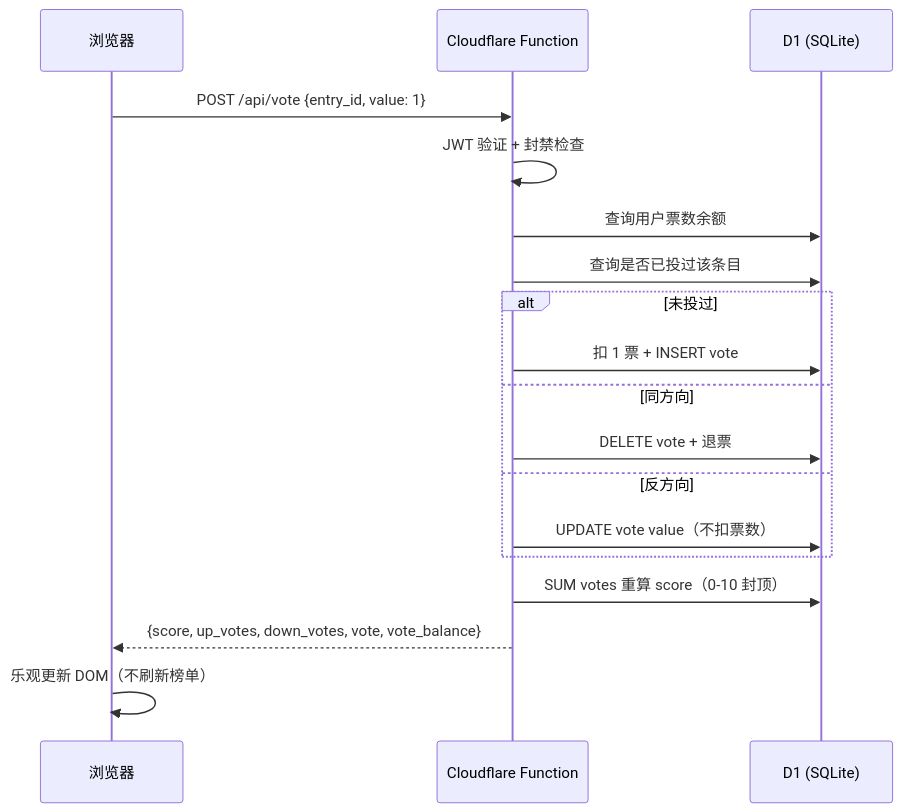
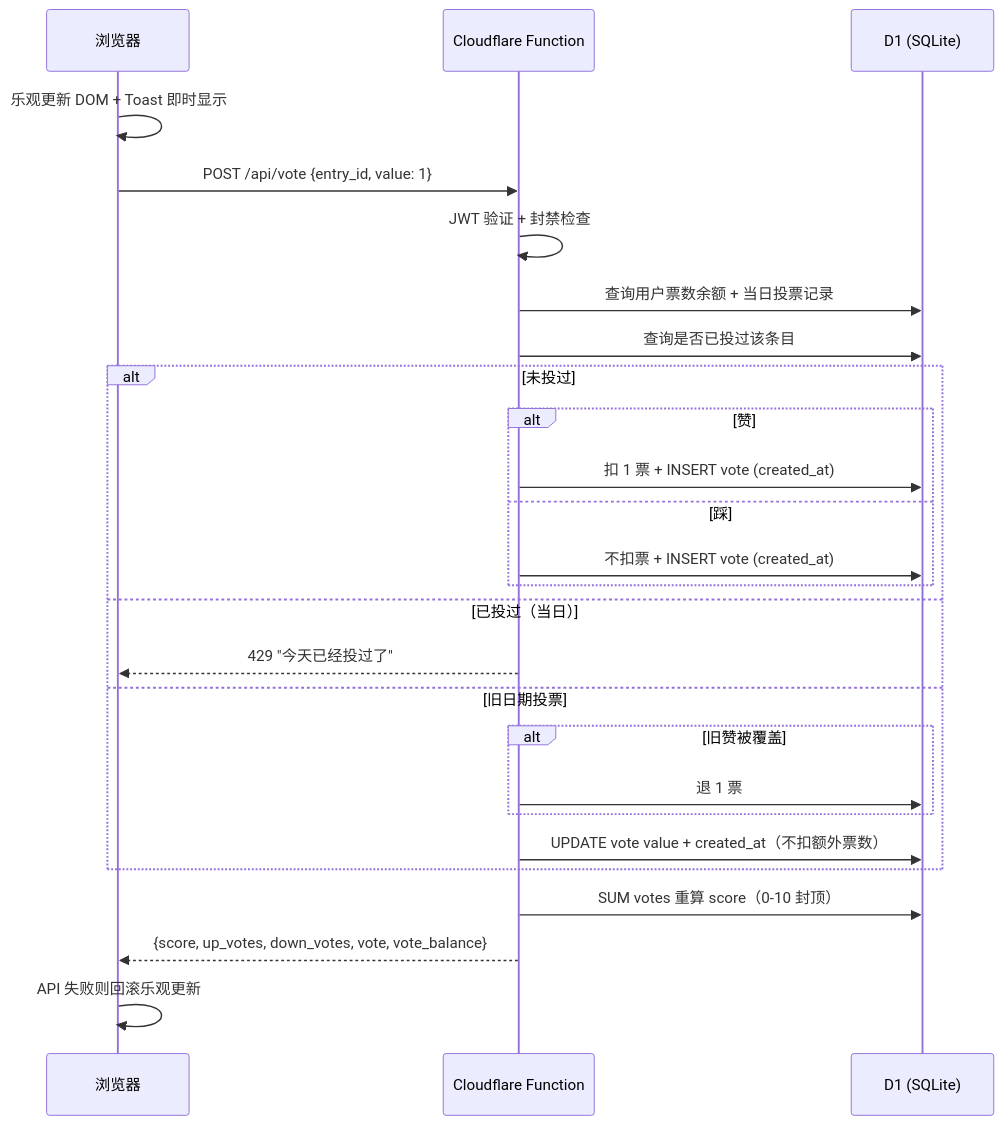
Before and after one commit to qingranawa/15class-charts: the first of 4 diagrams in docs/project-knowledge/architecture.md, drawn with Mermaid. The commit also changed other lines of this file and 6 other files, not shown here.

````diff
--- a/docs/project-knowledge/architecture.md
+++ b/docs/project-knowledge/architecture.md
@@ -49,21 +50,29 @@
 ```mermaid
 sequenceDiagram
     participant B as 浏览器
     participant F as Cloudflare Function
     participant D as D1 (SQLite)
 
+    B->>B: 乐观更新 DOM + Toast 即时显示
     B->>F: POST /api/vote {entry_id, value: 1}
     F->>F: JWT 验证 + 封禁检查
-    F->>D: 查询用户票数余额
+    F->>D: 查询用户票数余额 + 当日投票记录
     F->>D: 查询是否已投过该条目
     alt 未投过
-        F->>D: 扣 1 票 + INSERT vote
-    else 同方向
-        F->>D: DELETE vote + 退票
-    else 反方向
-        F->>D: UPDATE vote value（不扣票数）
+        alt 赞
+            F->>D: 扣 1 票 + INSERT vote (created_at)
+        else 踩
+            F->>D: 不扣票 + INSERT vote (created_at)
+        end
+    else 已投过（当日）
+        F-->>B: 429 "今天已经投过了"
+    else 旧日期投票
+        alt 旧赞被覆盖
+            F->>D: 退 1 票
+        end
+        F->>D: UPDATE vote value + created_at（不扣额外票数）
     end
     F->>D: SUM votes 重算 score（0-10 封顶）
     F-->>B: {score, up_votes, down_votes, vote, vote_balance}
-    B->>B: 乐观更新 DOM（不刷新榜单）
+    B->>B: API 失败则回滚乐观更新
 ```
````
